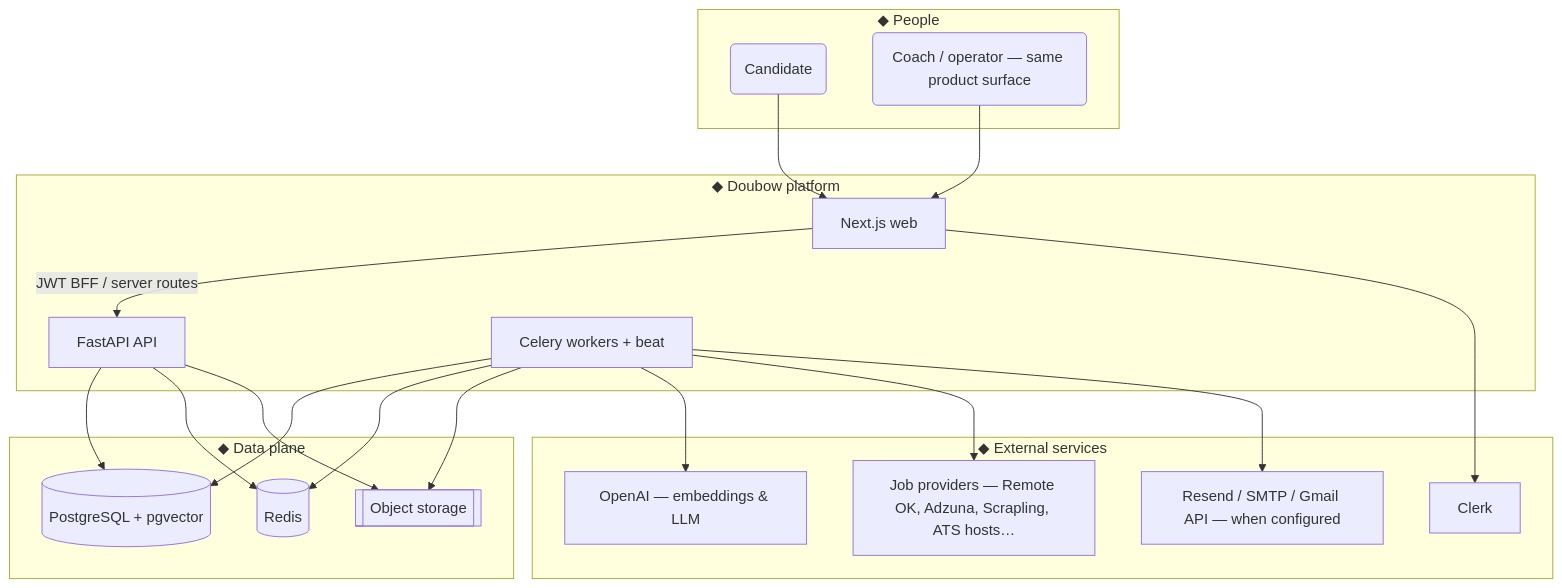
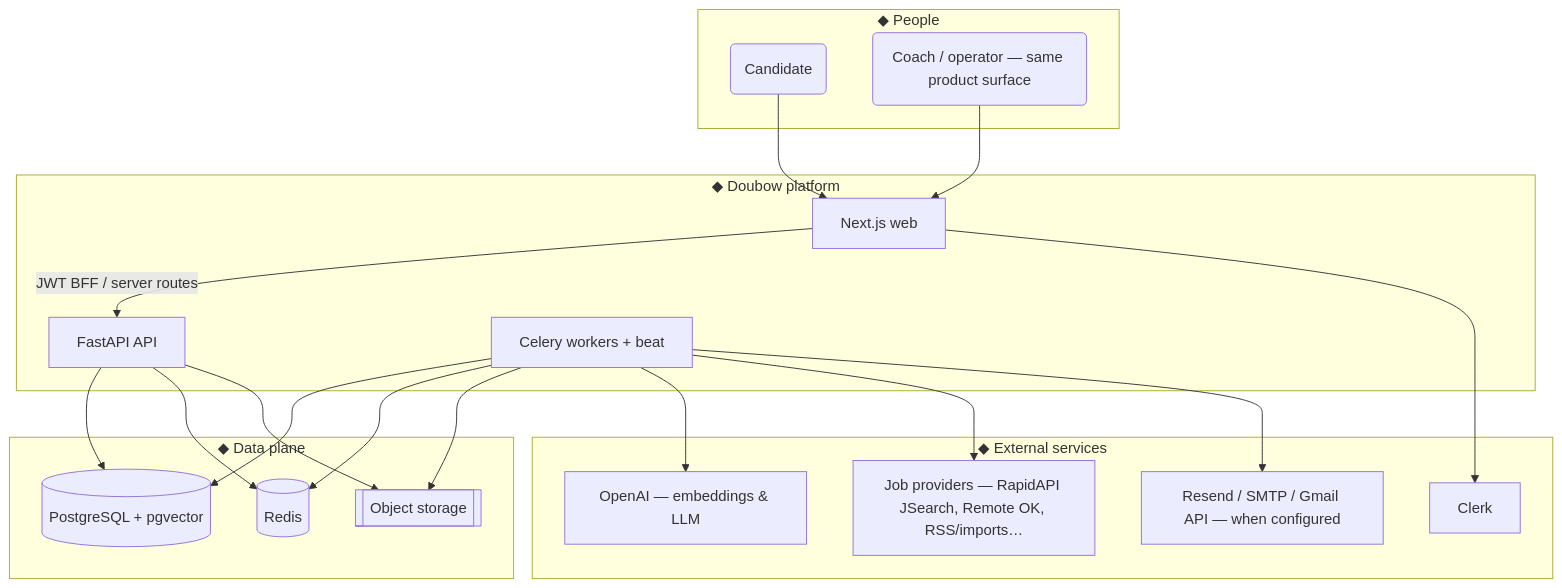
One commit to frank-asket/doubau changed the first of 5 diagrams in README.md. Above: the diagram before and after it, drawn with Mermaid. The commit also changed other lines of this file and 12 other files, not shown here.

````diff
--- a/README.md
+++ b/README.md
@@ -45,40 +45,40 @@
 ```mermaid
 flowchart TB
   subgraph Users["◆ People"]
     C(Candidate)
     CO(Coach / operator — same product surface)
   end
 
   subgraph Doubow["◆ Doubow platform"]
     W[Next.js web]
     A[FastAPI API]
     Q[Celery workers + beat]
   end
 
   subgraph Data["◆ Data plane"]
     PG[(PostgreSQL + pgvector)]
     RD[(Redis)]
     S3[[Object storage]]
   end
 
   subgraph External["◆ External services"]
     CL[Clerk]
     OAI[OpenAI — embeddings & LLM]
-    JB[Job providers — Remote OK, Adzuna, Scrapling, ATS hosts…]
+    JB[Job providers — RapidAPI JSearch, Remote OK, RSS/imports…]
     SM[Resend / SMTP / Gmail API — when configured]
   end
 
   C --> W
   CO --> W
   W -->|JWT BFF / server routes| A
   W --> CL
   A --> PG
   A --> RD
   A --> S3
   Q --> PG
   Q --> RD
   Q --> S3
   Q --> OAI
   Q --> JB
   Q --> SM
 ```
````
